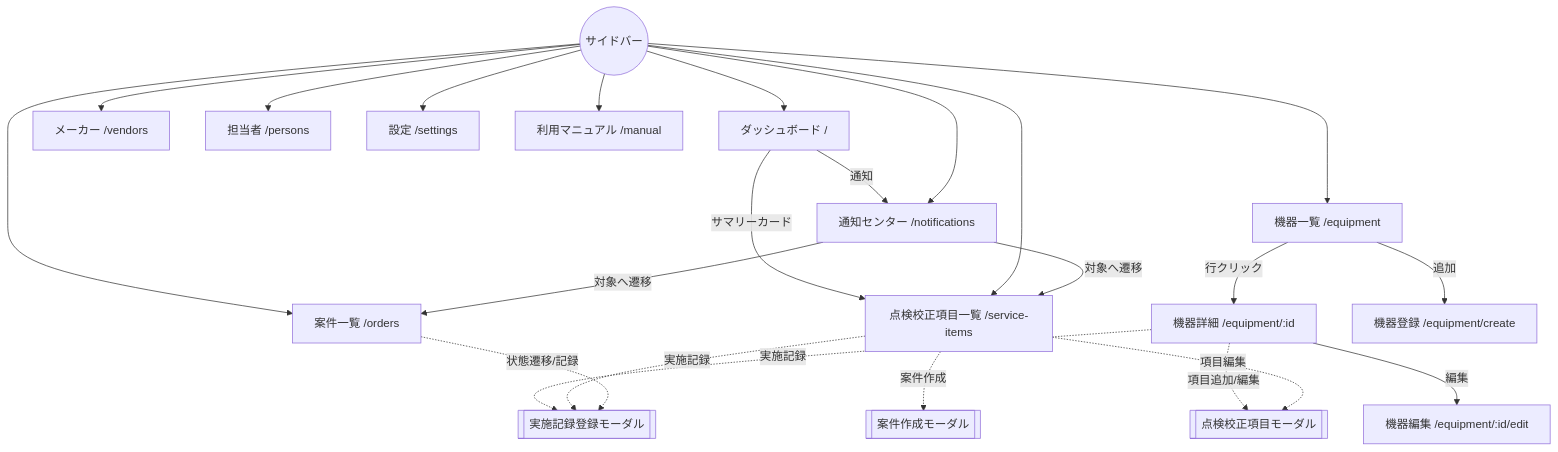
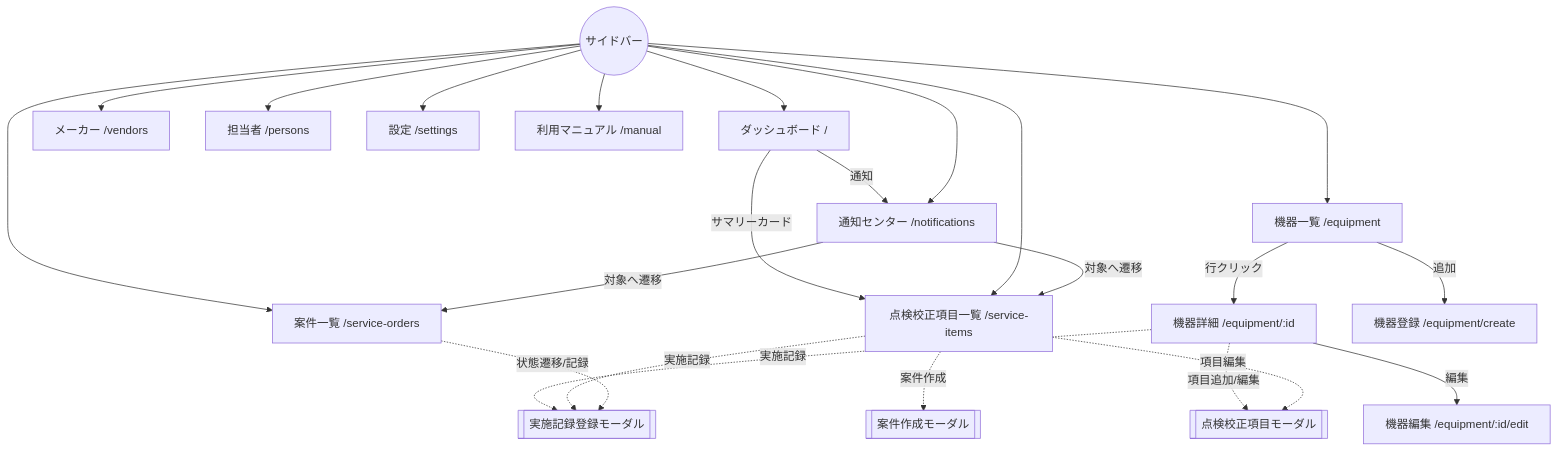
The diagram in docs/spec/screen-design/README.md (KyoheiTashiro/calibration-manager), drawn with Mermaid before and after one commit. The commit also changed other lines of this file and 76 other files, not shown here.

Commit message:
unify order naming to serviceOrder

````diff
--- a/docs/spec/screen-design/README.md
+++ b/docs/spec/screen-design/README.md
@@ -115,17 +115,17 @@
 ```mermaid
 flowchart TD
     Dash[ダッシュボード /] -->|サマリーカード| ServiceItems[点検校正項目一覧 /service-items]
     Dash -->|通知| Notice[通知センター /notifications]
-    Sidebar((サイドバー)) --> Dash & EqList[機器一覧 /equipment] & ServiceItems & Orders[案件一覧 /orders] & Vendors[メーカー /vendors] & Persons[担当者 /persons] & Notice & Settings[設定 /settings] & Manual[利用マニュアル /manual]
+    Sidebar((サイドバー)) --> Dash & EqList[機器一覧 /equipment] & ServiceItems & Orders[案件一覧 /service-orders] & Vendors[メーカー /vendors] & Persons[担当者 /persons] & Notice & Settings[設定 /settings] & Manual[利用マニュアル /manual]
     EqList -->|行クリック| EqDetail[機器詳細 /equipment/:id]
     EqList -->|追加| EqCreate[機器登録 /equipment/create]
     EqDetail -->|編集| EqEdit[機器編集 /equipment/:id/edit]
     EqDetail -.項目追加/編集.-> ServiceItemModal[[点検校正項目モーダル]]
     EqDetail -.実施記録.-> RecModal[[実施記録登録モーダル]]
     ServiceItems -.実施記録.-> RecModal
-    ServiceItems -.案件作成.-> OrderModal[[案件作成モーダル]]
+    ServiceItems -.案件作成.-> ServiceOrderModal[[案件作成モーダル]]
     ServiceItems -.項目編集.-> ServiceItemModal
     Orders -.状態遷移/記録.-> RecModal
     Notice -->|対象へ遷移| ServiceItems
     Notice -->|対象へ遷移| Orders
 ```
````
